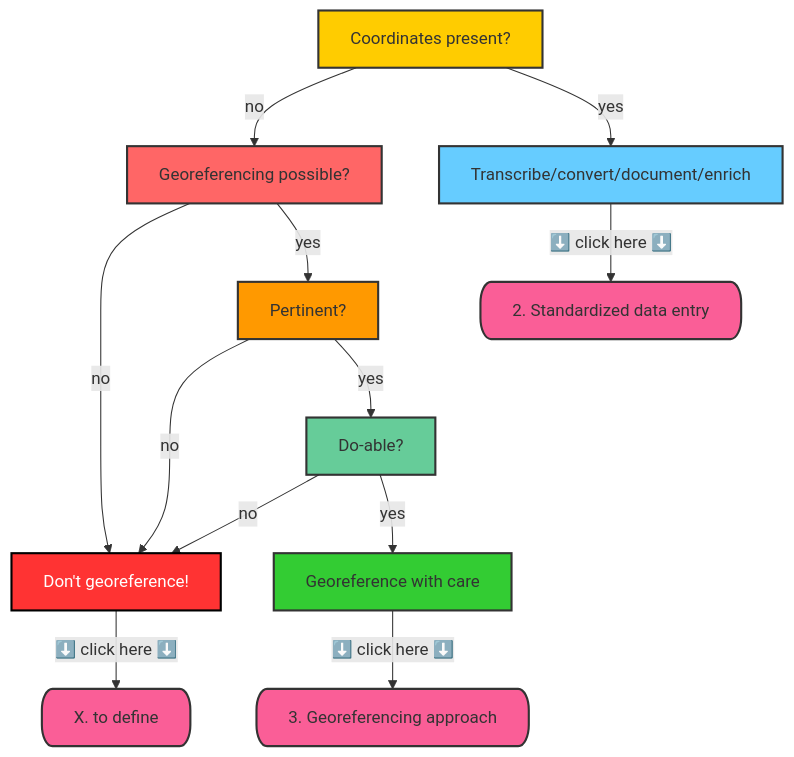
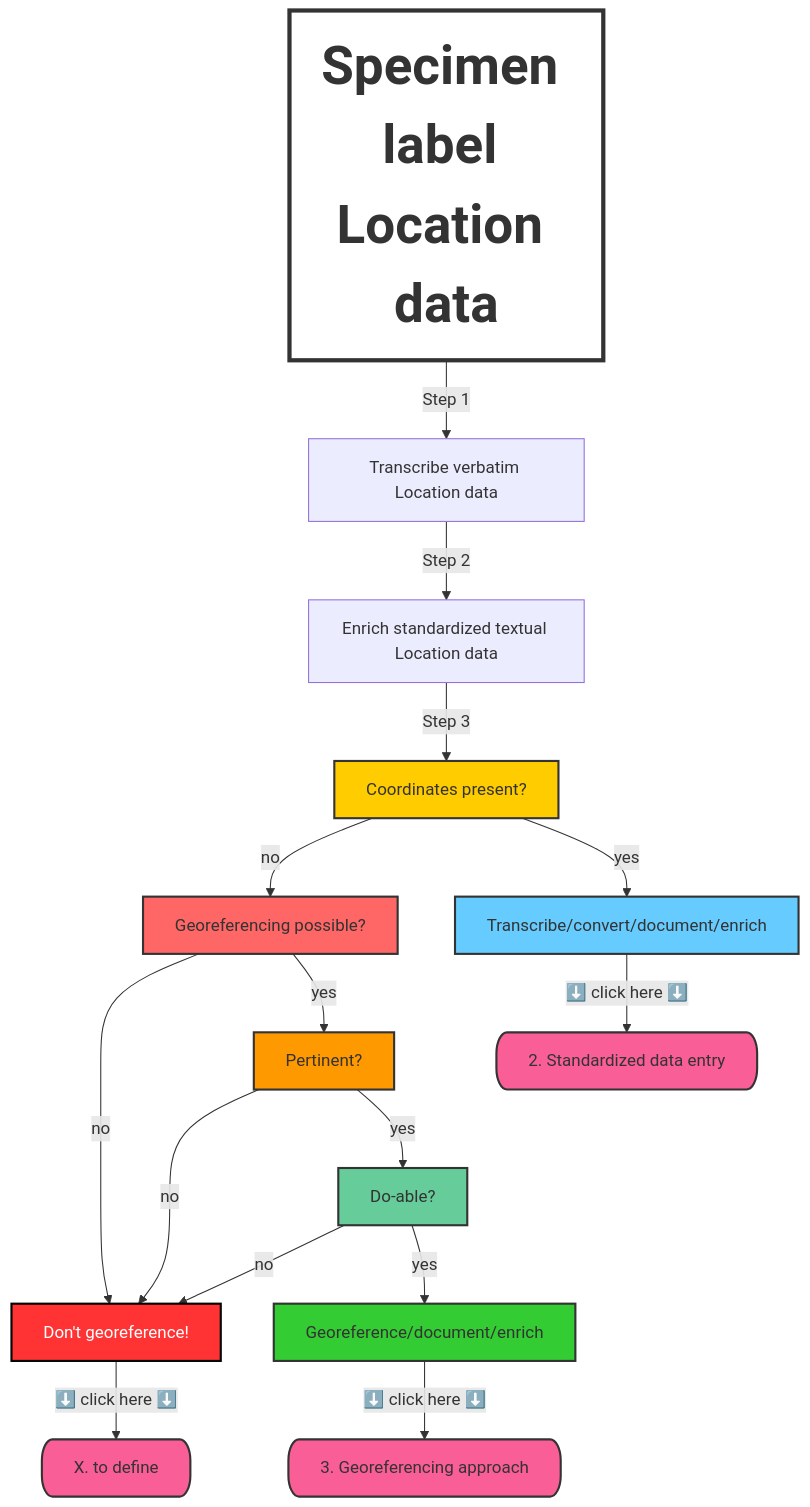
The diagram in en/thematicCommunities/GEOREFERENCING/geo_protocole.md (gbif/hp-swissnatcoll), drawn with Mermaid before and after one commit. The commit also changed other lines of this file, not shown here.

```diff
--- a/en/thematicCommunities/GEOREFERENCING/geo_protocole.md
+++ b/en/thematicCommunities/GEOREFERENCING/geo_protocole.md
@@ -47,31 +39,37 @@
 <div class="mermaid">
 graph TD;
+    Start[Specimen label Location data] --> |Step 1| Step1[Transcribe verbatim Location data];
+    Step1 --> |Step 2| Step2[Enrich standardized textual Location data];
+
+    %% Decision Graph in Step 3
+    Step2 --> |Step 3| A[Coordinates present?];
     A[Coordinates present?] -->|no| B[Georeferencing possible?];
     A -->|yes| C[Transcribe/convert/document/enrich];
     B --> |no| D[Don't georeference!];
     B --> |yes| E[Pertinent?];
     E --> |no| D;
     E --> |yes| F[Do-able?];
     F --> |no| D;
-    F --> |yes| G[Georeference with care];
+    F --> |yes| G[Georeference/document/enrich];
     C -->|⬇️ ️click here ⬇️| H[2. Standardized data entry];
     G -->|⬇️ ️click here ⬇️| I[3. Georeferencing approach];
     D -->|⬇️ ️click here ⬇️| J[X. to define];
 
     %% Apply Colors
+    style Start fill:#FFFFFF,stroke:#333,stroke-width:4px,font-weight:bold,font-size:50px;;
     style A fill:#ffcc00,stroke:#333,stroke-width:2px;
     style B fill:#ff6666,stroke:#333,stroke-width:2px;
     style C fill:#66ccff,stroke:#333,stroke-width:2px;
     style D fill:#ff3333,stroke:#000,stroke-width:2px,color:white;
     style E fill:#ff9900,stroke:#333,stroke-width:2px;
     style F fill:#66cc99,stroke:#333,stroke-width:2px;
     style G fill:#33cc33,stroke:#333,stroke-width:2px;
     style H fill:#FA5E97,stroke:#333,stroke-width:2px,rx:10px,ry:20px;
     style I fill:#FA5E97,stroke:#333,stroke-width:2px,rx:10px,ry:20px;
     style J fill:#FA5E97,stroke:#333,stroke-width:2px,rx:10px,ry:20px;
 
     
     %% Define the hyperlink
     click H "/en/geo-protocole#2-standardized-data-entry"
     click I "/en/geo-protocole#3-georeferencing-approach"
 </div>
```
